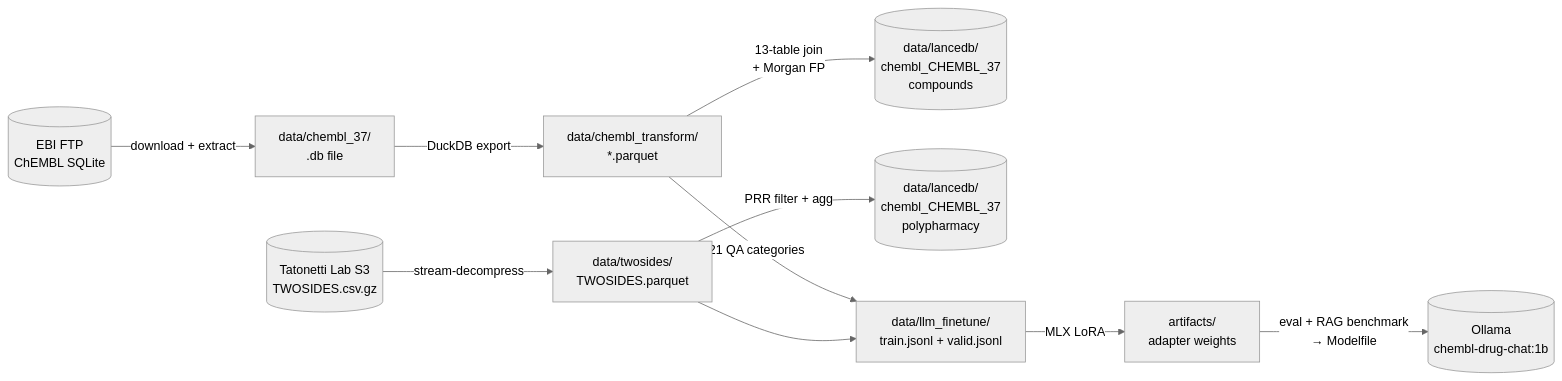
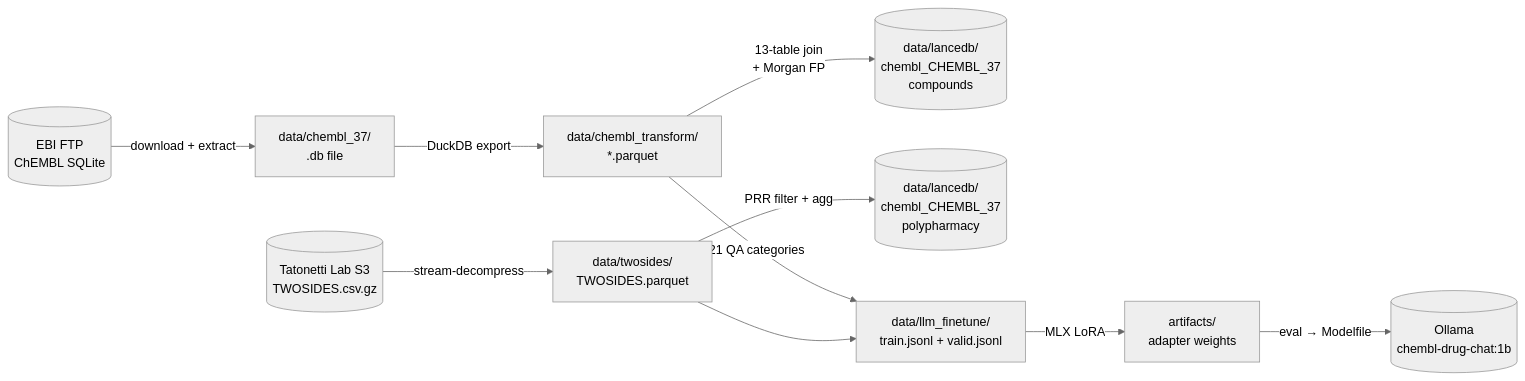
One commit to AymanSulaiman/chem_mlops changed the fourth of 4 diagrams in app/orchestration/README.md. Above: the diagram before and after it, drawn with Mermaid (neutral theme). The commit also changed other lines of this file and 30 other files, not shown here.

````diff
--- a/app/orchestration/README.md
+++ b/app/orchestration/README.md
@@ -234,16 +215,16 @@
 ```mermaid
 flowchart LR
     EBI[(EBI FTP\nChEMBL SQLite)] -->|download + extract| RAW[data/chembl_37/\n.db file]
     S3[(Tatonetti Lab S3\nTWOSIDES.csv.gz)] -->|stream-decompress| TW[data/twosides/\nTWOSIDES.parquet]
 
     RAW -->|DuckDB export| PQ[data/chembl_transform/\n*.parquet]
 
     PQ -->|13-table join\n+ Morgan FP| LDB[(data/lancedb/\nchembl_CHEMBL_37\ncompounds)]
     TW -->|PRR filter + agg| LDB2[(data/lancedb/\nchembl_CHEMBL_37\npolypharmacy)]
 
     PQ -->|21 QA categories| FT[data/llm_finetune/\ntrain.jsonl + valid.jsonl]
     TW --> FT
 
     FT -->|MLX LoRA| ART[artifacts/\nadapter weights]
-    ART -->|eval + RAG benchmark\n→ Modelfile| OLL[(Ollama\nchembl-drug-chat:1b)]
+    ART -->|eval → Modelfile| OLL[(Ollama\nchembl-drug-chat:1b)]
 ```
````
